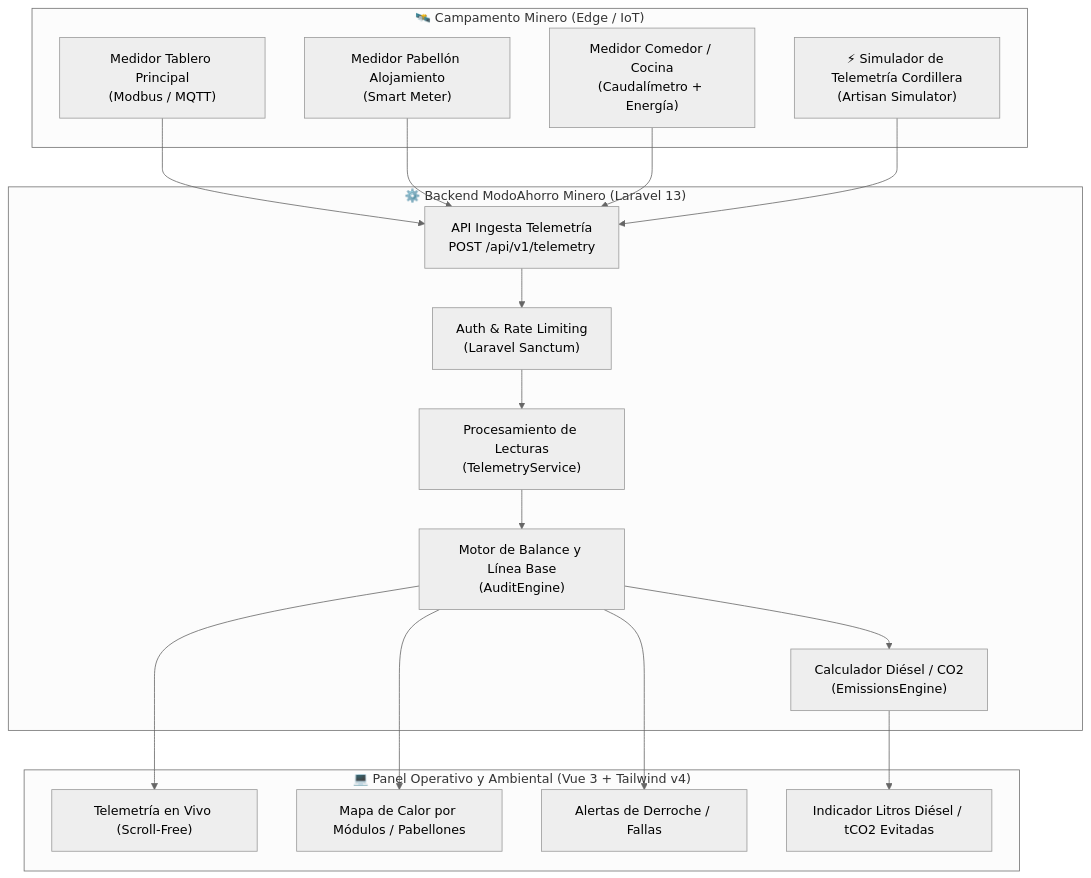
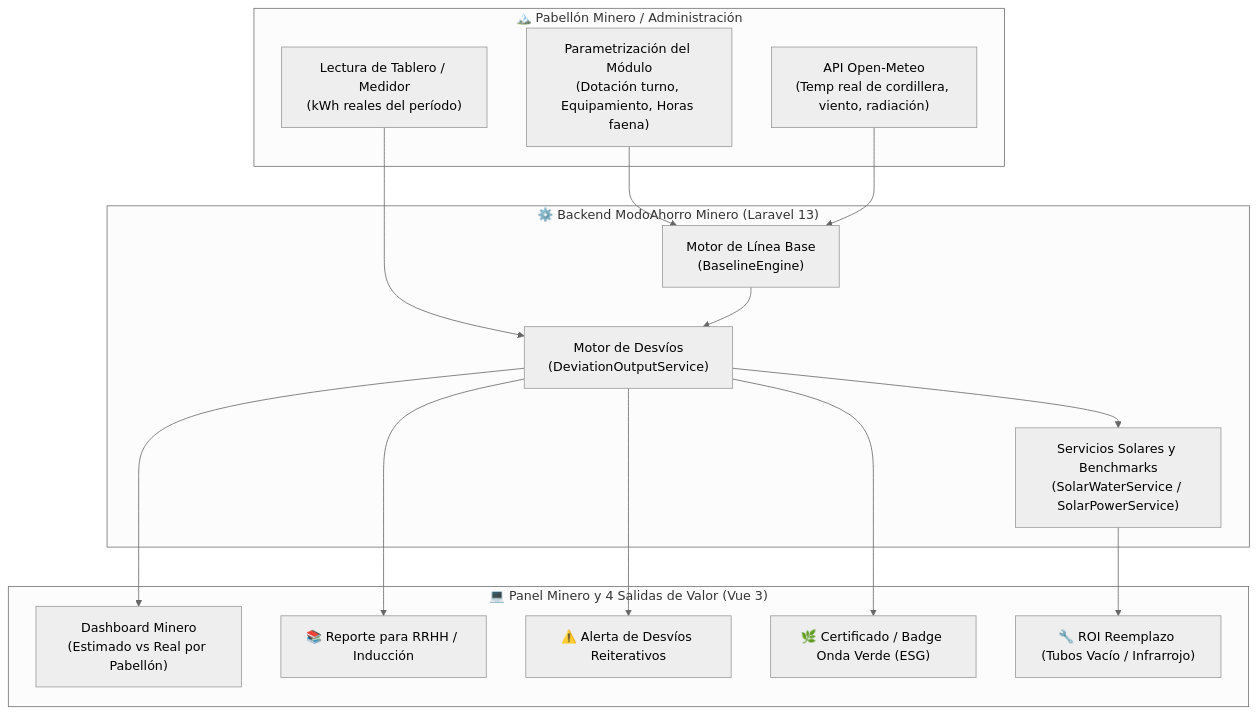
Before and after one commit to Noodle1981/ModoAhorro: the first of 2 diagrams in doc/plan_hackaton.md, drawn with Mermaid (neutral theme). The commit also changed other lines of this file and 2 other files, not shown here.

Commit message:
docs: complete mining refactor plan, align hackathon docs to pabellon baseline vs board readings

````diff
--- a/doc/plan_hackaton.md
+++ b/doc/plan_hackaton.md
@@ -32,34 +36,32 @@
 ```mermaid
 flowchart TD
-    subgraph Edge["🛰️ Campamento Minero (Edge / IoT)"]
-        SM1["Medidor Tablero Principal\n(Modbus / MQTT)"]
-        SM2["Medidor Pabellón Alojamiento\n(Smart Meter)"]
-        SM3["Medidor Comedor / Cocina\n(Caudalímetro + Energía)"]
-        SIM["⚡ Simulador de Telemetría Cordillera\n(Artisan Simulator)"]
+    subgraph Edge["🏔️ Pabellón Minero / Administración"]
+        Input["Parametrización del Módulo\n(Dotación turno, Equipamiento, Horas faena)"]
+        BoardReading["Lectura de Tablero / Medidor\n(kWh reales del período)"]
+        OpenMeteo["API Open-Meteo\n(Temp real de cordillera, viento, radiación)"]
     end
 
     subgraph Backend["⚙️ Backend ModoAhorro Minero (Laravel 13)"]
-        API["API Ingesta Telemetría\nPOST /api/v1/telemetry"]
-        Sanctum["Auth & Rate Limiting\n(Laravel Sanctum)"]
-        Buffer["Procesamiento de Lecturas\n(TelemetryService)"]
-        Engine["Motor de Balance y Línea Base\n(AuditEngine)"]
-        Carbon["Calculador Diésel / CO2\n(EmissionsEngine)"]
+        Baseline["Motor de Línea Base\n(BaselineEngine)"]
+        Deviation["Motor de Desvíos\n(DeviationOutputService)"]
+        Solar["Servicios Solares y Benchmarks\n(SolarWaterService / SolarPowerService)"]
     end
 
-    subgraph UI["💻 Panel Operativo y Ambiental (Vue 3 + Tailwind v4)"]
-        DashLive["Telemetría en Vivo (Scroll-Free)"]
-        Heatmap["Mapa de Calor por Módulos / Pabellones"]
-        Alerts["Alertas de Derroche / Fallas"]
-        CarbonKpi["Indicador Litros Diésel / tCO2 Evitadas"]
+    subgraph UI["💻 Panel Minero y 4 Salidas de Valor (Vue 3)"]
+        DashLive["Dashboard Minero\n(Estimado vs Real por Pabellón)"]
+        Capacitacion["📚 Reporte para RRHH / Inducción"]
+        Penalizacion["⚠️ Alerta de Desvíos Reiterativos"]
+        OndaVerde["🌿 Certificado / Badge Onda Verde (ESG)"]
+        Reemplazo["🔧 ROI Reemplazo (Tubos Vacío / Infrarrojo)"]
     end
 
-    SM1 --> API
-    SM2 --> API
-    SM3 --> API
-    SIM --> API
-    API --> Sanctum --> Buffer --> Engine --> Carbon
-    Engine --> DashLive
-    Engine --> Heatmap
-    Engine --> Alerts
-    Carbon --> CarbonKpi
+    Input --> Baseline
+    OpenMeteo --> Baseline
+    BoardReading --> Deviation
+    Baseline --> Deviation
+    Deviation --> DashLive
+    Deviation --> Capacitacion
+    Deviation --> Penalizacion
+    Deviation --> OndaVerde
+    Deviation --> Solar --> Reemplazo
 ```
````
